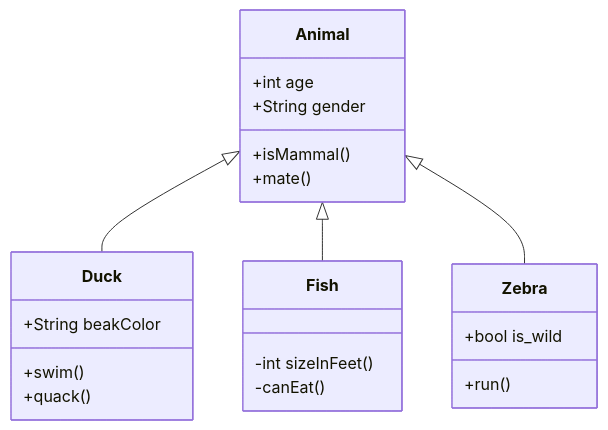
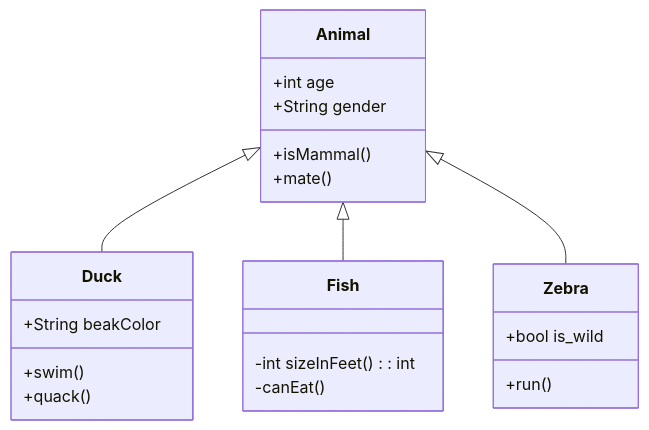
The diagram in practice-2/readme.md (MikoVelascoRamirez/mermaid-markdown-practice), drawn with Mermaid before and after one commit.

Commit message:
style: editing file

````diff
--- a/practice-2/readme.md
+++ b/practice-2/readme.md
@@ -6,23 +6,23 @@
 ```mermaid
     classDiagram
         Animal <|-- Duck 
         Animal <|-- Fish
         Animal <|-- Zebra
         Animal : +int age
         Animal : +String gender
         Animal : +isMammal()
         Animal : +mate()
         class Duck{
             +String beakColor
             +swim()
             +quack()
         }
         class Fish{
-            -int sizeInFeet()
+            -int sizeInFeet() : int
             -canEat()
         }
         class Zebra{
             +bool is_wild
             +run()
         }
 ```
````
